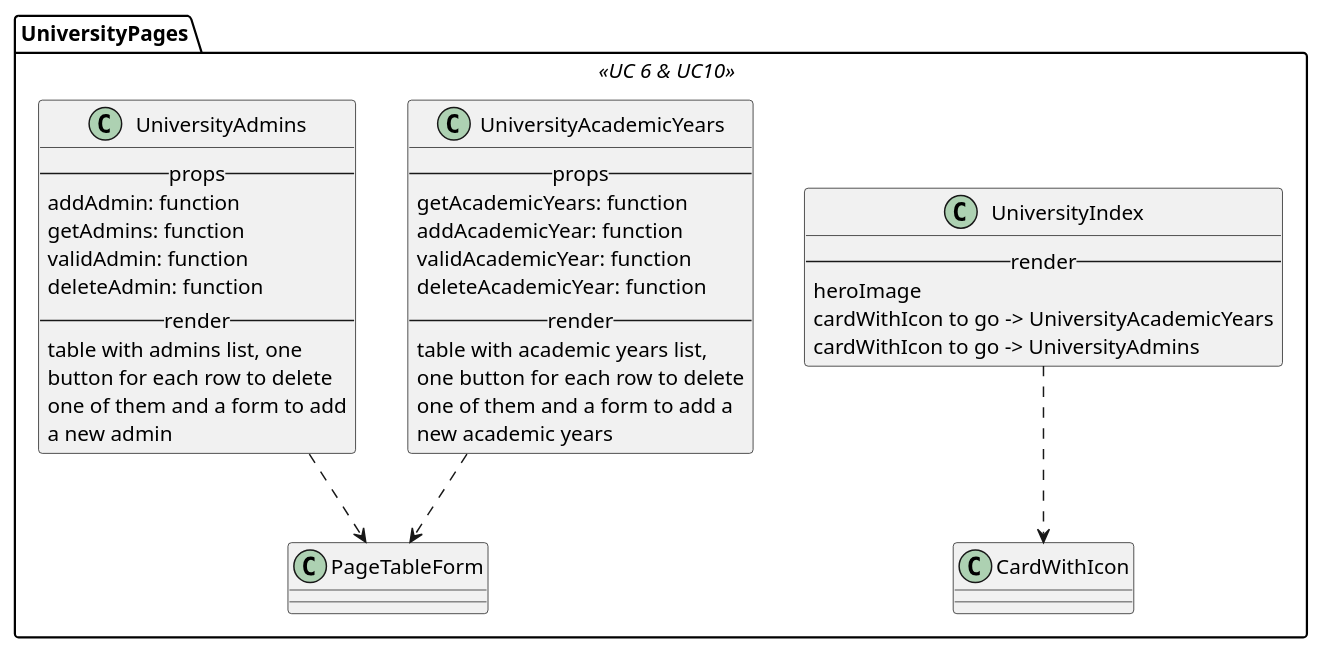
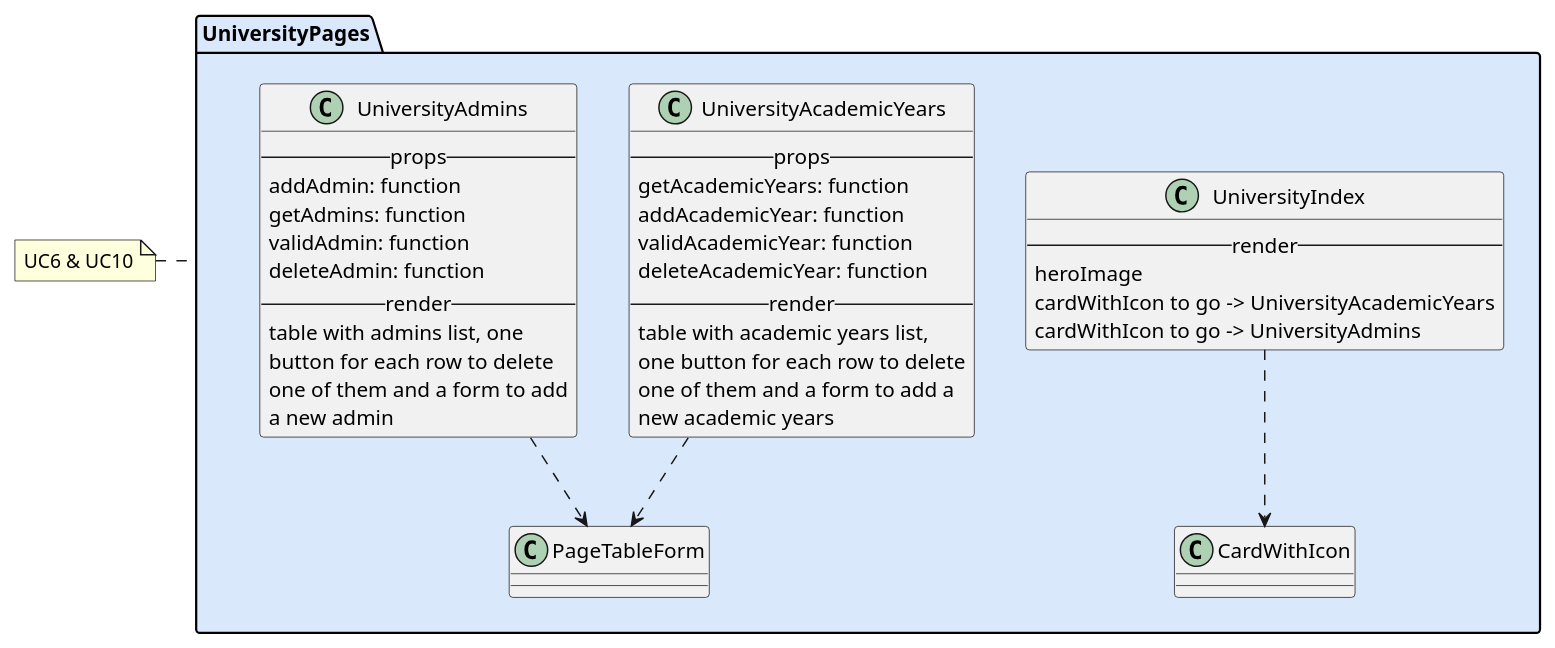
The diagram in react/university/index.iuml (M9k/Marvin-Uml), drawn with PlantUML before and after one commit. The commit also changed 7 other files, not shown here.

Commit message:
Corretti commenti secondo standard UML

```diff
--- a/react/university/index.iuml
+++ b/react/university/index.iuml
@@ -1,45 +1,41 @@
-skinparam package<<UC 6 & UC10  >> {
-    backgroundColor #DAE8FC
-}
-
-package UniversityPages <<UC 6 & UC10>> {
+package UniversityPages #DAE8FC {
 
 class UniversityIndex {
     --render--
         heroImage
         cardWithIcon to go -> UniversityAcademicYears
         cardWithIcon to go -> UniversityAdmins
 }
 UniversityIndex ..> CardWithIcon
 
 class UniversityAcademicYears {
     --props--
         getAcademicYears: function
         addAcademicYear: function
         validAcademicYear: function
         deleteAcademicYear: function
     --render--
     table with academic years list,
      one button for each row to delete
      one of them and a form to add a
      new academic years
 }
 UniversityAcademicYears ..> PageTableForm
 
-
 class UniversityAdmins {
     --props--
         addAdmin: function
         getAdmins: function
         validAdmin: function
         deleteAdmin: function
     --render--
     table with admins list, one
     button for each row to delete
     one of them and a form to add
     a new admin
 }
 UniversityAdmins ..> PageTableForm
 
+}
 
-}
+note left of UniversityPages: UC6 & UC10
```
